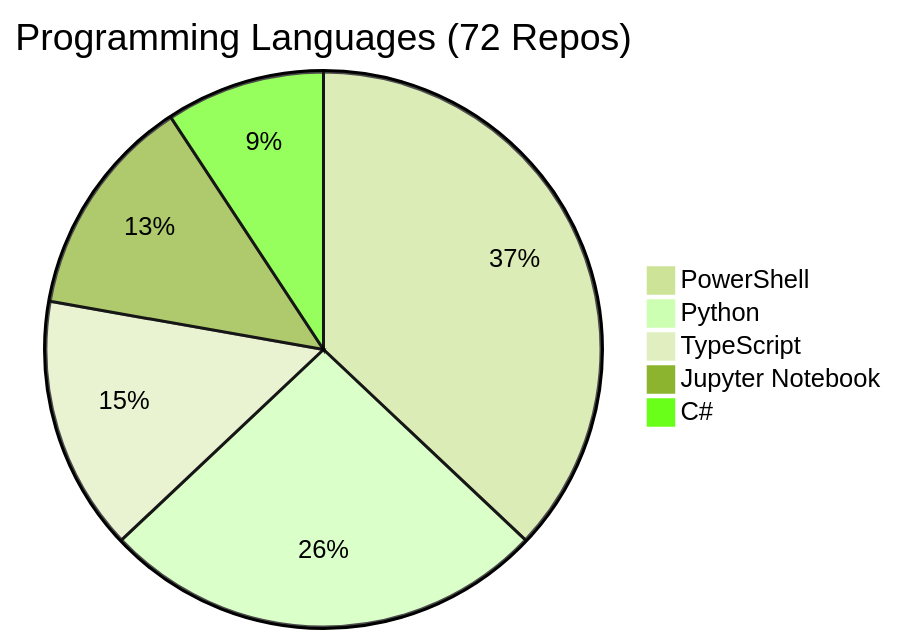
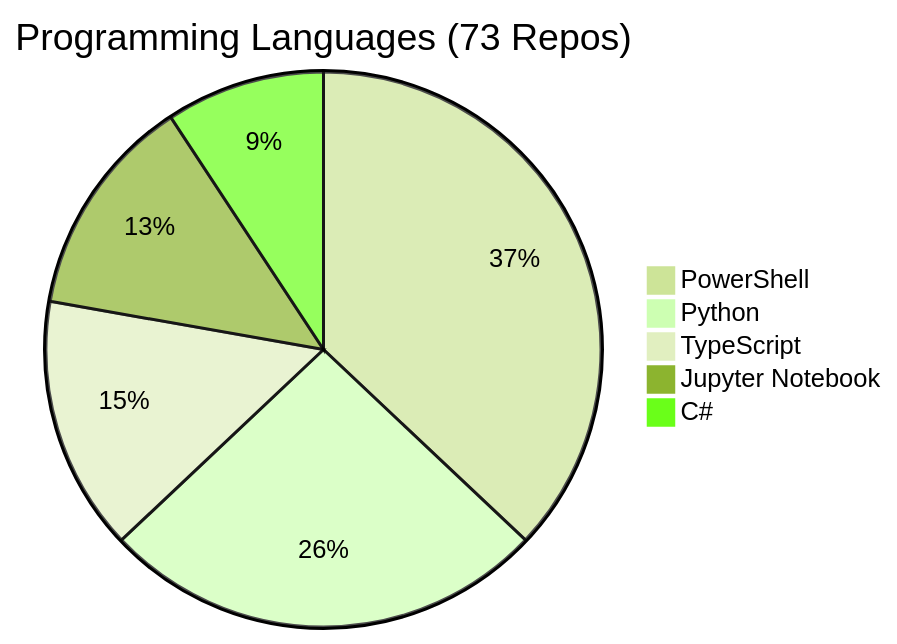
Before and after one commit to fabioc-aloha/fabioc-aloha: the diagram in REPOS.md, drawn with Mermaid (forest theme). The commit also changed other lines of this file and 1 other file, not shown here.

````diff
--- a/REPOS.md
+++ b/REPOS.md
@@ -115,8 +116,8 @@
 ```mermaid
-pie title Programming Languages (72 Repos)
+pie title Programming Languages (73 Repos)
     "PowerShell" : 20
     "Python" : 14
     "TypeScript" : 8
     "Jupyter Notebook" : 7
     "C#" : 5
 ```
````
